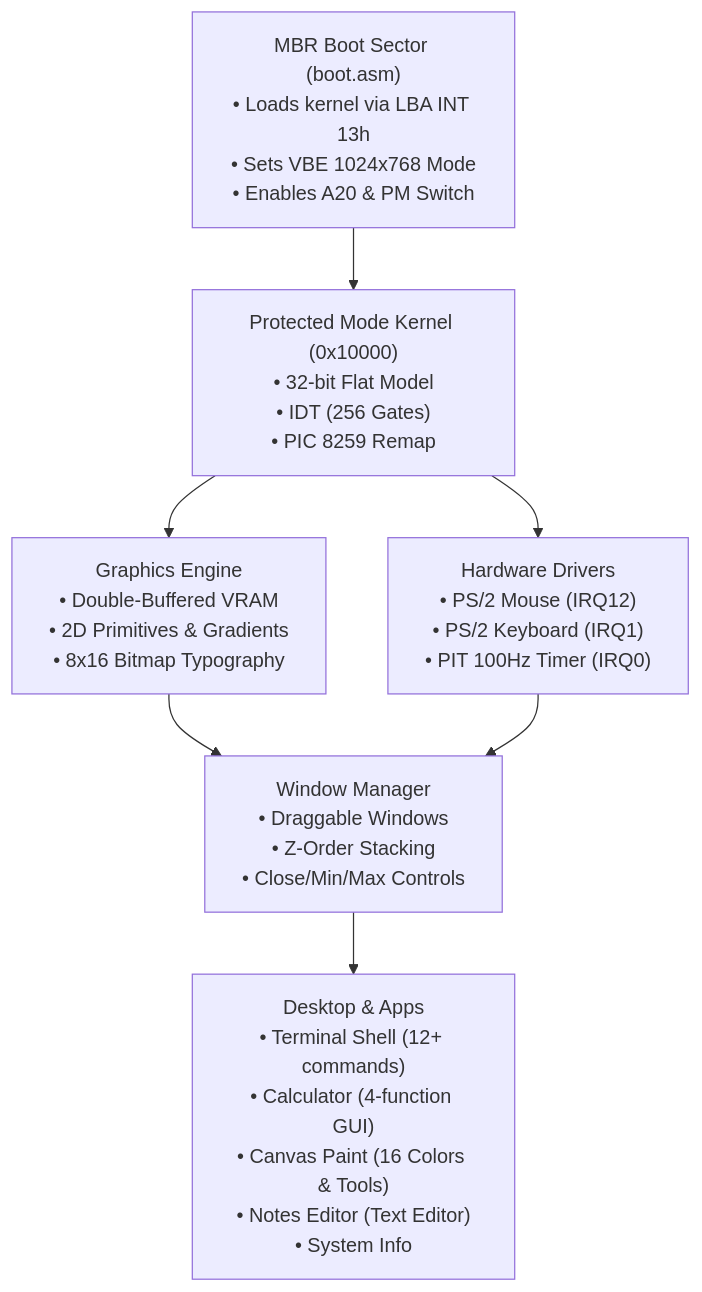
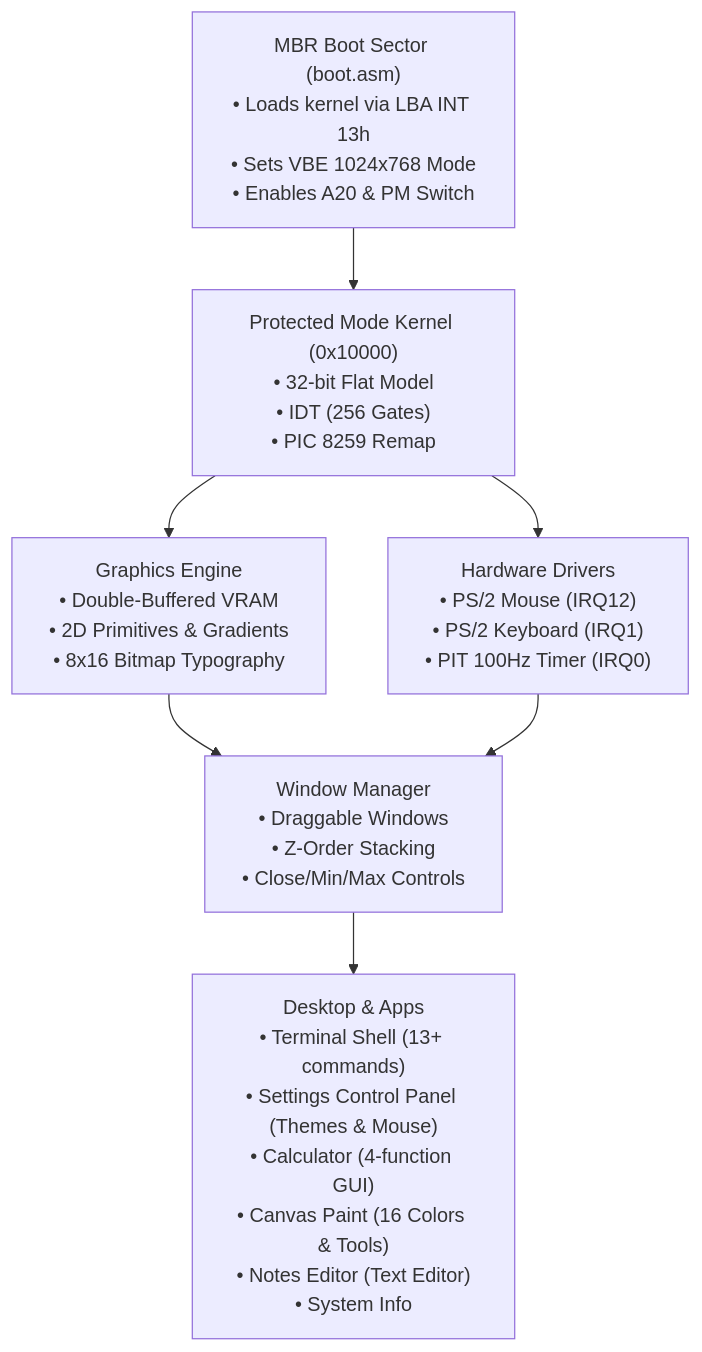
The diagram in README.md (jaixmario/AURA-OS), drawn with Mermaid before and after one commit. The commit also changed other lines of this file and 11 other files, not shown here.

Commit message:
Add Settings Control Panel: Interactive wallpaper themes, mouse sensitivity toggle, display specs, and system metrics

````diff
--- a/README.md
+++ b/README.md
@@ -70,16 +70,16 @@
 ```mermaid
 flowchart TD
     MBR["MBR Boot Sector (boot.asm)<br/>• Loads kernel via LBA INT 13h<br/>• Sets VBE 1024x768 Mode<br/>• Enables A20 & PM Switch"]
     KERNEL["Protected Mode Kernel (0x10000)<br/>• 32-bit Flat Model<br/>• IDT (256 Gates)<br/>• PIC 8259 Remap"]
     DRIVERS["Hardware Drivers<br/>• PS/2 Mouse (IRQ12)<br/>• PS/2 Keyboard (IRQ1)<br/>• PIT 100Hz Timer (IRQ0)"]
     GFX["Graphics Engine<br/>• Double-Buffered VRAM<br/>• 2D Primitives & Gradients<br/>• 8x16 Bitmap Typography"]
     WM["Window Manager<br/>• Draggable Windows<br/>• Z-Order Stacking<br/>• Close/Min/Max Controls"]
-    APPS["Desktop & Apps<br/>• Terminal Shell (12+ commands)<br/>• Calculator (4-function GUI)<br/>• Canvas Paint (16 Colors & Tools)<br/>• Notes Editor (Text Editor)<br/>• System Info"]
+    APPS["Desktop & Apps<br/>• Terminal Shell (13+ commands)<br/>• Settings Control Panel (Themes & Mouse)<br/>• Calculator (4-function GUI)<br/>• Canvas Paint (16 Colors & Tools)<br/>• Notes Editor (Text Editor)<br/>• System Info"]
 
     MBR --> KERNEL
     KERNEL --> DRIVERS
     KERNEL --> GFX
     GFX --> WM
     DRIVERS --> WM
     WM --> APPS
 ```
````
